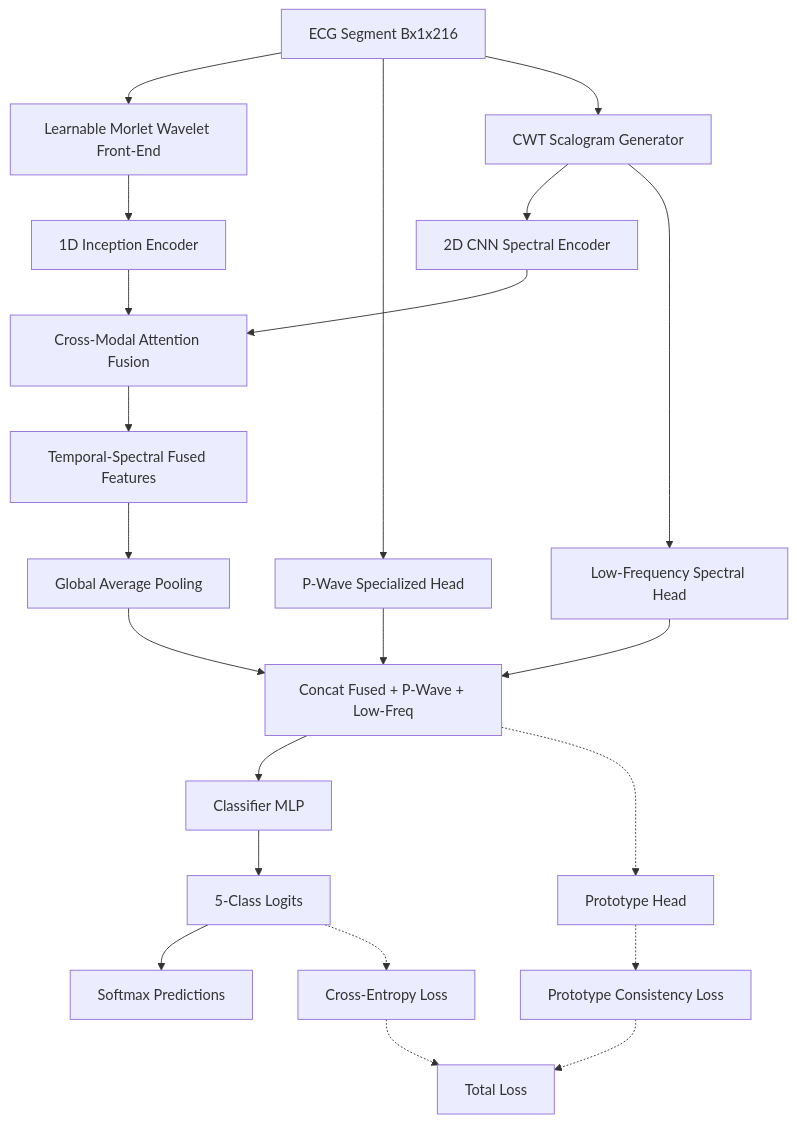
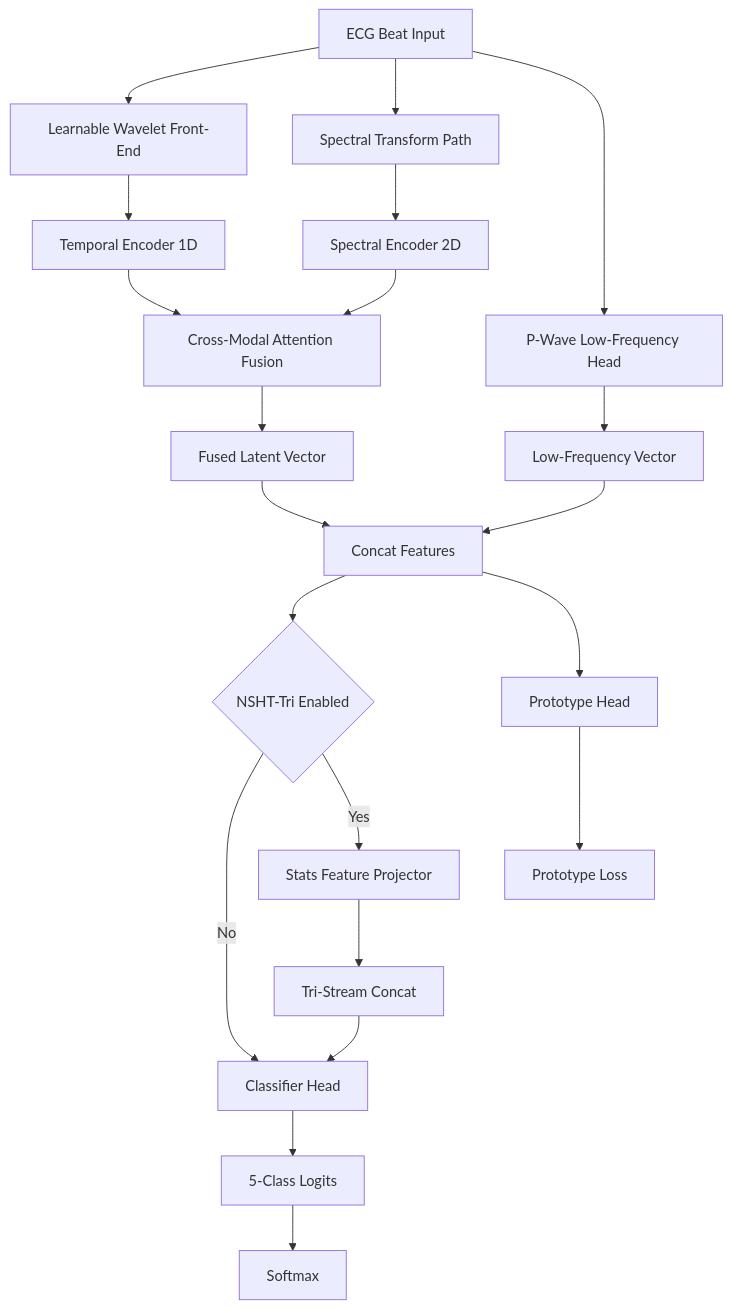
Before and after one commit to HardikNegi9/Guide: the first of 2 diagrams in NSHT_ARCHITECTURE.md, drawn with Mermaid. The commit also changed other lines of this file and 5 other files, not shown here.

````diff
--- a/NSHT_ARCHITECTURE.md
+++ b/NSHT_ARCHITECTURE.md
@@ -241,29 +425,29 @@
 ```mermaid
 flowchart TD
-    A[ECG Segment Bx1x216] --> B[Learnable Morlet Wavelet Front-End]
-    A --> C[P-Wave Specialized Head]
-    A --> D[CWT Scalogram Generator]
+  A[ECG Beat Input] --> B[Learnable Wavelet Front-End]
+  A --> C[Spectral Transform Path]
+  A --> D[P-Wave Low-Frequency Head]
 
-    B --> E[1D Inception Encoder]
-    D --> F[2D CNN Spectral Encoder]
-    D --> G[Low-Frequency Spectral Head]
+  B --> E[Temporal Encoder 1D]
+  C --> F[Spectral Encoder 2D]
 
-    E --> H[Cross-Modal Attention Fusion]
-    F --> H
+  E --> G[Cross-Modal Attention Fusion]
+  F --> G
 
-    H --> I[Temporal-Spectral Fused Features]
-    I --> J[Global Average Pooling]
-    J --> K[Concat Fused + P-Wave + Low-Freq]
-    C --> K
-    G --> K
+  G --> H[Fused Latent Vector]
+  D --> I[Low-Frequency Vector]
 
-    K --> L[Classifier MLP]
-    L --> M[5-Class Logits]
-    M --> N[Softmax Predictions]
+  H --> J[Concat Features]
+  I --> J
 
-    K -.-> O[Prototype Head]
-    O -.-> P[Prototype Consistency Loss]
-    M -.-> Q[Cross-Entropy Loss]
-    P -.-> R[Total Loss]
-    Q -.-> R
+  J --> K{NSHT-Tri Enabled}
+  K -->|No| L[Classifier Head]
+  K -->|Yes| M[Stats Feature Projector]
+  M --> N[Tri-Stream Concat]
+  N --> L
+
+  L --> O[5-Class Logits]
+  O --> P[Softmax]
+  J --> Q[Prototype Head]
+  Q --> R[Prototype Loss]
 ```
````
